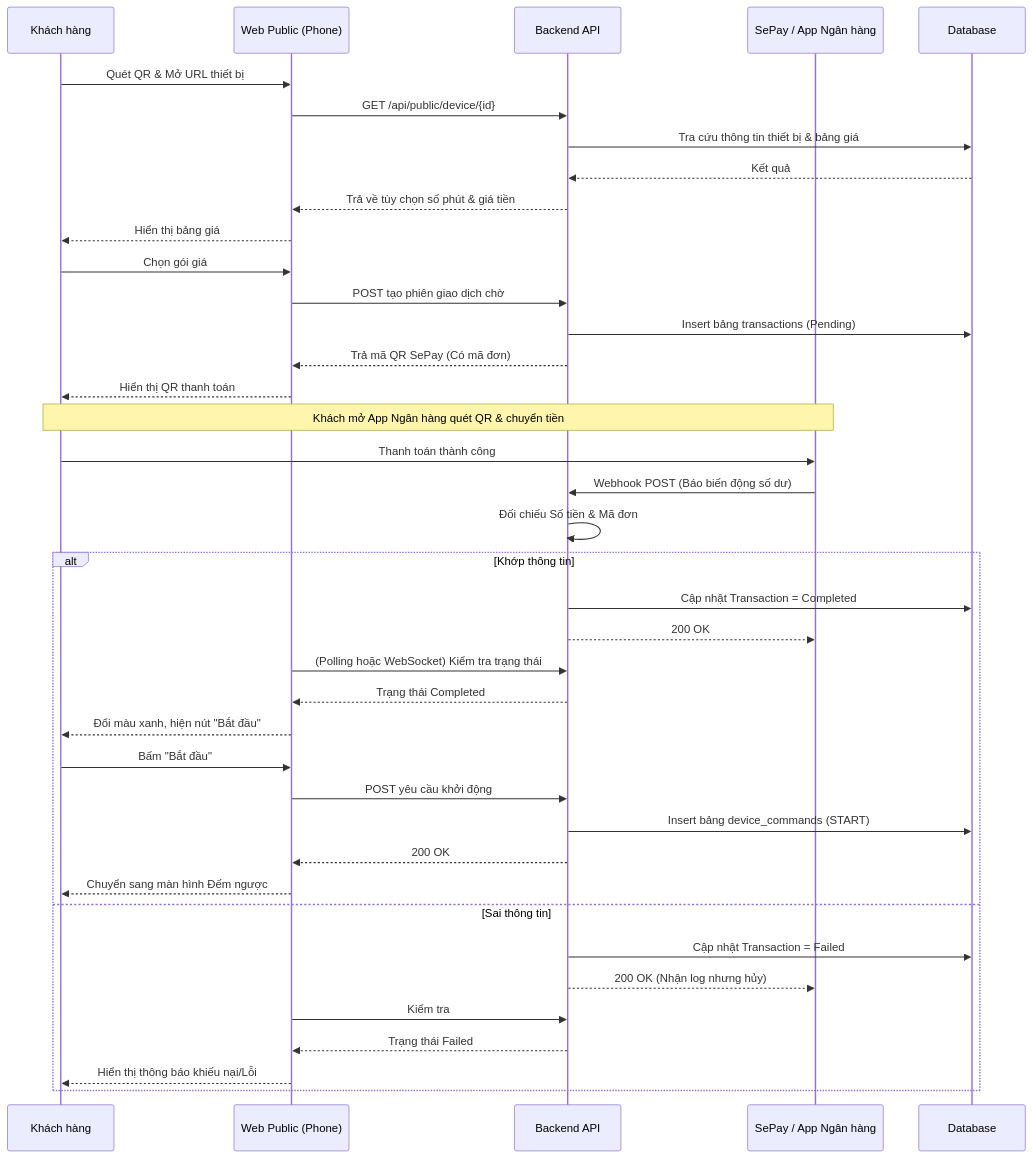
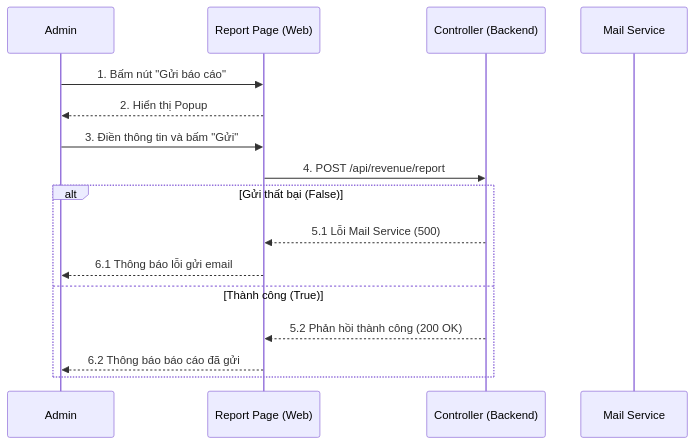
Before and after one commit to ngogiaquyen/acw-srs: the eighth of 13 diagrams in documents/sequence-diagrams.md, drawn with Mermaid. The commit also changed other lines of this file and 5 other files, not shown here.

````diff
--- a/documents/sequence-diagrams.md
+++ b/documents/sequence-diagrams.md
@@ -90,46 +225,20 @@
 ```mermaid
 sequenceDiagram
-    participant C as Khách hàng
-    participant W as Web Public (Phone)
-    participant B as Backend API
-    participant S as SePay / App Ngân hàng
-    participant D as Database
+    participant A as Admin
+    participant W as Report Page (Web)
+    participant B as Controller (Backend)
+    participant M as Mail Service
 
-    C->>W: Quét QR & Mở URL thiết bị
-    W->>B: GET /api/public/device/{id}
-    B->>D: Tra cứu thông tin thiết bị & bảng giá
-    D-->>B: Kết quả
-    B-->>W: Trả về tùy chọn số phút & giá tiền
-    W-->>C: Hiển thị bảng giá
+    A->>W: 1. Bấm nút "Gửi báo cáo"
+    W-->>A: 2. Hiển thị Popup
+    A->>W: 3. Điền thông tin và bấm "Gửi"
+    W->>B: 4. POST /api/revenue/report
     
-    C->>W: Chọn gói giá
-    W->>B: POST tạo phiên giao dịch chờ
-    B->>D: Insert bảng transactions (Pending)
-    B-->>W: Trả mã QR SePay (Có mã đơn)
-    W-->>C: Hiển thị QR thanh toán
-    
-    Note over C, S: Khách mở App Ngân hàng quét QR & chuyển tiền
-    C->>S: Thanh toán thành công
-    S->>B: Webhook POST (Báo biến động số dư)
-    B->>B: Đối chiếu Số tiền & Mã đơn
-    
-    alt Khớp thông tin
-        B->>D: Cập nhật Transaction = Completed
-        B-->>S: 200 OK
-        W->>B: (Polling hoặc WebSocket) Kiểm tra trạng thái
-        B-->>W: Trạng thái Completed
-        W-->>C: Đổi màu xanh, hiện nút "Bắt đầu"
-        
-        C->>W: Bấm "Bắt đầu"
-        W->>B: POST yêu cầu khởi động
-        B->>D: Insert bảng device_commands (START)
-        B-->>W: 200 OK
-        W-->>C: Chuyển sang màn hình Đếm ngược
-    else Sai thông tin
-        B->>D: Cập nhật Transaction = Failed
-        B-->>S: 200 OK (Nhận log nhưng hủy)
-        W->>B: Kiểm tra
-        B-->>W: Trạng thái Failed
-        W-->>C: Hiển thị thông báo khiếu nại/Lỗi
+    alt Gửi thất bại (False)
+        B-->>W: 5.1 Lỗi Mail Service (500)
+        W-->>A: 6.1 Thông báo lỗi gửi email
+    else Thành công (True)
+        B-->>W: 5.2 Phản hồi thành công (200 OK)
+        W-->>A: 6.2 Thông báo báo cáo đã gửi
     end
 ```
````
